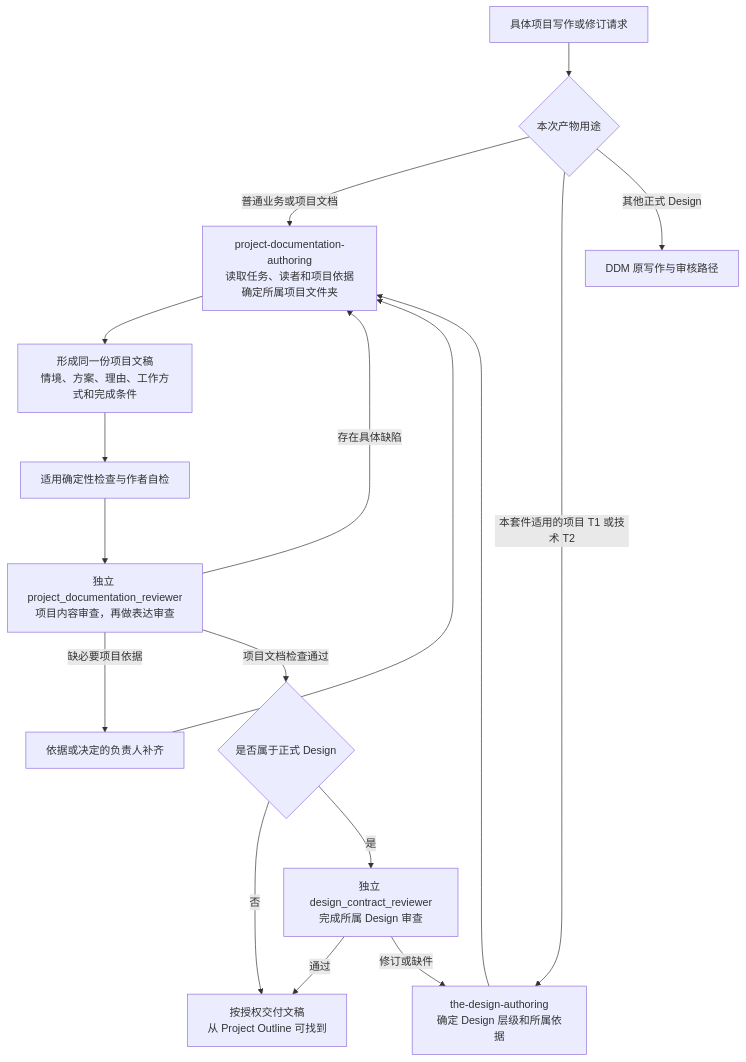
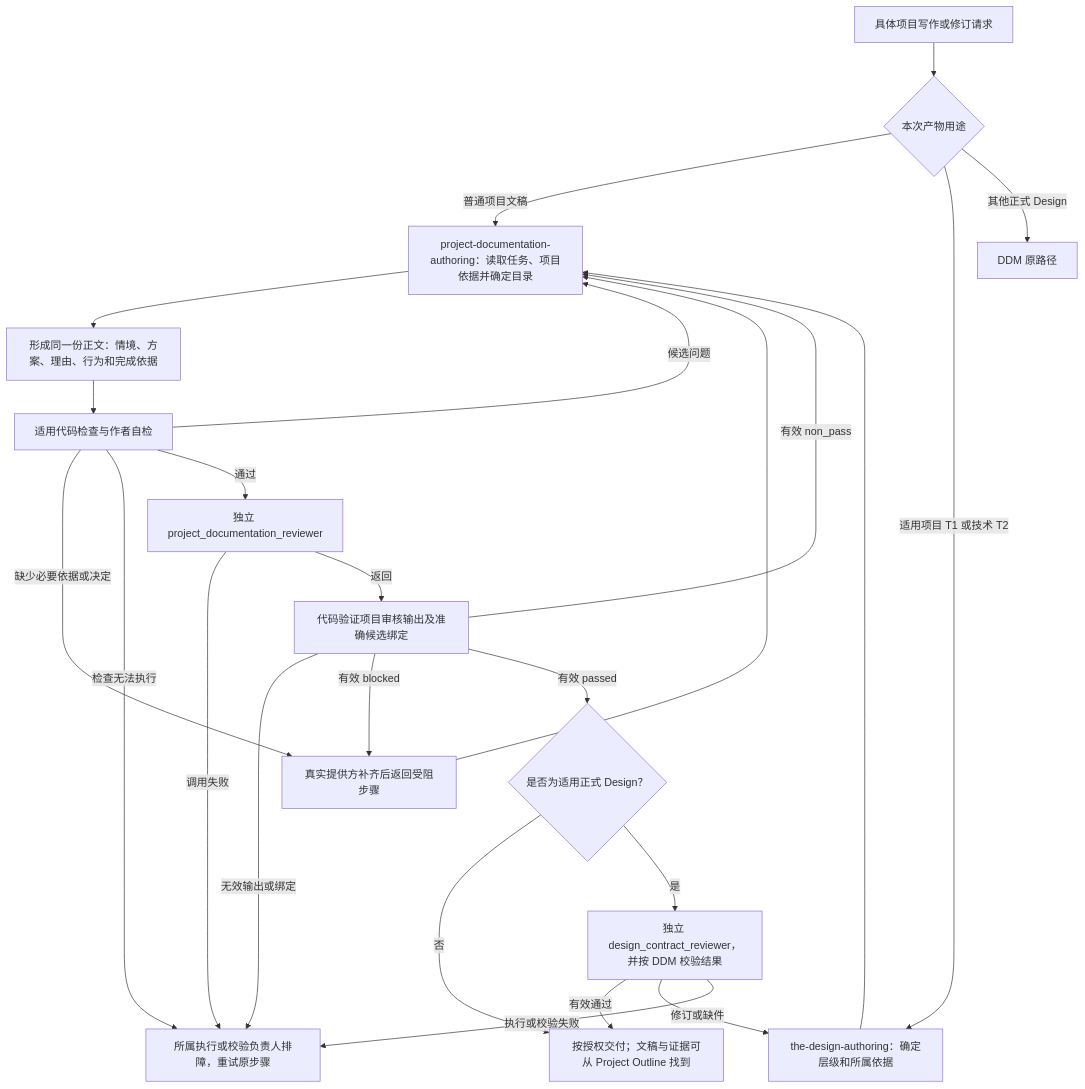
One commit to bobaoai/ai_project_management_framework changed the diagram in designDoc/the_project_documentation.md. Above: the diagram before and after it, drawn with Mermaid. The commit also changed other lines of this file and 103 other files, not shown here.

````diff
--- a/designDoc/the_project_documentation.md
+++ b/designDoc/the_project_documentation.md
@@ -22,19 +21,26 @@
 ```mermaid
 flowchart TD
     R["具体项目写作或修订请求"] --> K{"本次产物用途"}
-    K -->|普通业务或项目文档| A["project-documentation-authoring<br/>读取任务、读者和项目依据<br/>确定所属项目文件夹"]
-    K -->|本套件适用的项目 T1 或技术 T2| D["the-design-authoring<br/>确定 Design 层级和所属依据"]
-    K -->|其他正式 Design| X["DDM 原写作与审核路径"]
+    K -->|普通项目文稿| A["project-documentation-authoring：读取任务、项目依据并确定目录"]
+    K -->|适用项目 T1 或技术 T2| D["the-design-authoring：确定层级和所属依据"]
+    K -->|其他正式 Design| X["DDM 原路径"]
     D --> A
-    A --> W["形成同一份项目文稿<br/>情境、方案、理由、工作方式和完成条件"]
-    W --> C["适用确定性检查与作者自检"]
-    C --> P["独立 project_documentation_reviewer<br/>项目内容审查，再做表达审查"]
-    P -->|存在具体缺陷| A
-    P -->|缺必要项目依据| O["依据或决定的负责人补齐"]
+    A --> W["形成同一份正文：情境、方案、理由、行为和完成依据"]
+    W --> C["适用代码检查与作者自检"]
+    C -->|候选问题| A
+    C -->|缺少必要依据或决定| O["真实提供方补齐后返回受阻步骤"]
     O --> A
-    P -->|项目文档检查通过| F{"是否属于正式 Design"}
-    F -->|否| H["按授权交付文稿<br/>从 Project Outline 可找到"]
-    F -->|是| G["独立 design_contract_reviewer<br/>完成所属 Design 审查"]
-    G -->|通过| H
+    C -->|检查无法执行| E["所属执行或校验负责人排障，重试原步骤"]
+    C -->|通过| P["独立 project_documentation_reviewer"]
+    P -->|调用失败| E
+    P -->|返回| V["代码验证项目审核输出及准确候选绑定"]
+    V -->|无效输出或绑定| E
+    V -->|有效 non_pass| A
+    V -->|有效 blocked| O
+    V -->|有效 passed| F{"是否为适用正式 Design？"}
+    F -->|否| H["按授权交付；文稿与证据可从 Project Outline 找到"]
+    F -->|是| G["独立 design_contract_reviewer，并按 DDM 校验结果"]
+    G -->|有效通过| H
     G -->|修订或缺件| D
+    G -->|执行或校验失败| E
 ```
````
